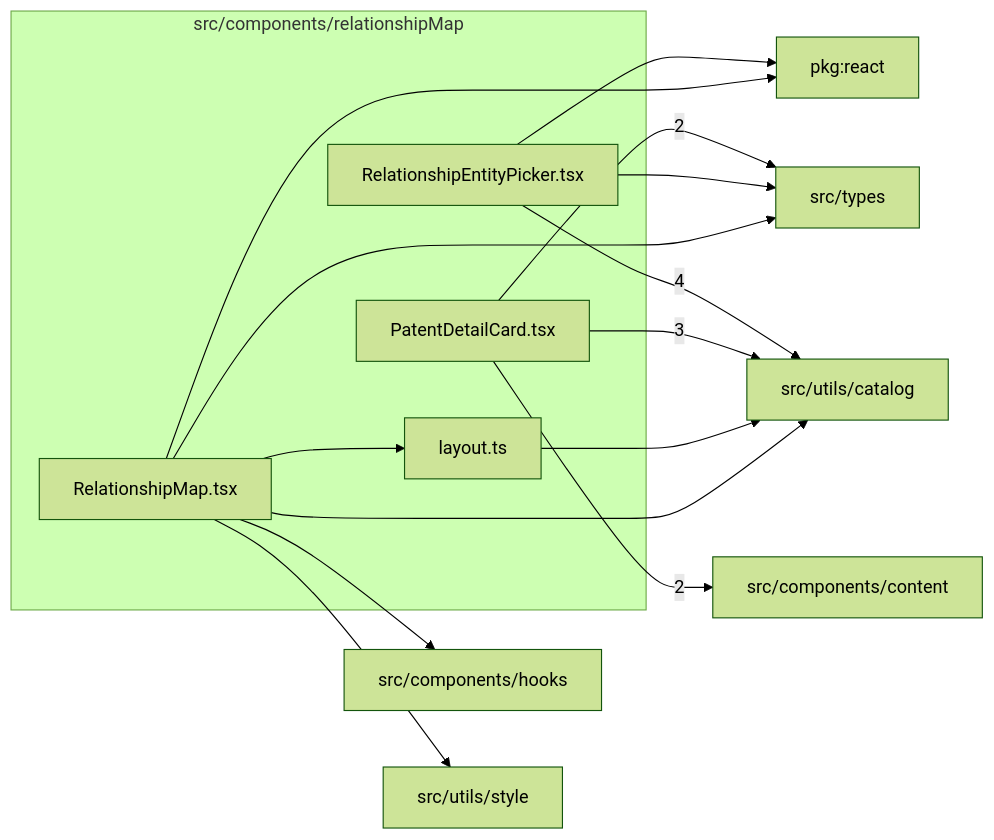
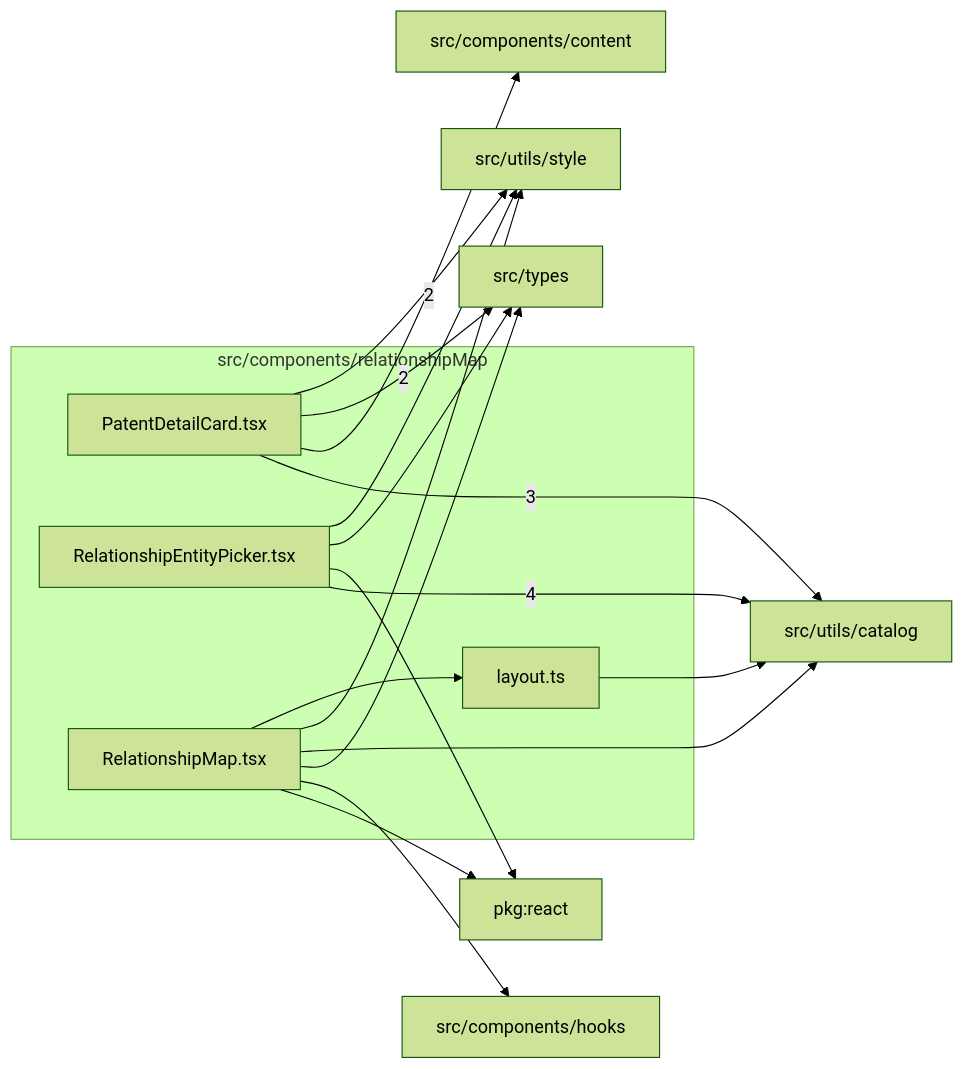
One commit to ronbuening/LensVisualizer changed the diagram in src/components/relationshipMap/readme.md. Above: the diagram before and after it, drawn with Mermaid (forest theme). The commit also changed other lines of this file and 16 other files, not shown here.

````diff
--- a/src/components/relationshipMap/readme.md
+++ b/src/components/relationshipMap/readme.md
@@ -9,28 +9,30 @@
 ```mermaid
 flowchart LR
   subgraph n_src_components_relationshipMap["src/components/relationshipMap"]
     n_src_components_relationshipMap_src_components_relationshipMap_layout_ts["layout.ts"]
     n_src_components_relationshipMap_src_components_relationshipMap_PatentDetailCard_tsx["PatentDetailCard.tsx"]
     n_src_components_relationshipMap_src_components_relationshipMap_RelationshipEntityPicker_tsx["RelationshipEntityPicker.tsx"]
     n_src_components_relationshipMap_src_components_relationshipMap_RelationshipMap_tsx["RelationshipMap.tsx"]
   end
   n_external_src_utils_catalog["src/utils/catalog"]
   n_external_src_components_content["src/components/content"]
   n_external_src_types["src/types"]
   n_external_pkg_react["pkg:react"]
   n_external_src_components_hooks["src/components/hooks"]
   n_external_src_utils_style["src/utils/style"]
   n_src_components_relationshipMap_src_components_relationshipMap_RelationshipEntityPicker_tsx --> |4| n_external_src_utils_catalog
   n_src_components_relationshipMap_src_components_relationshipMap_PatentDetailCard_tsx --> |3| n_external_src_utils_catalog
   n_src_components_relationshipMap_src_components_relationshipMap_PatentDetailCard_tsx --> |2| n_external_src_components_content
   n_src_components_relationshipMap_src_components_relationshipMap_PatentDetailCard_tsx --> |2| n_external_src_types
   n_src_components_relationshipMap_src_components_relationshipMap_RelationshipEntityPicker_tsx --> n_external_pkg_react
   n_src_components_relationshipMap_src_components_relationshipMap_RelationshipMap_tsx --> n_external_pkg_react
   n_src_components_relationshipMap_src_components_relationshipMap_RelationshipMap_tsx --> n_external_src_components_hooks
   n_src_components_relationshipMap_src_components_relationshipMap_RelationshipEntityPicker_tsx --> n_external_src_types
   n_src_components_relationshipMap_src_components_relationshipMap_RelationshipMap_tsx --> n_external_src_types
   n_src_components_relationshipMap_src_components_relationshipMap_layout_ts --> n_external_src_utils_catalog
   n_src_components_relationshipMap_src_components_relationshipMap_RelationshipMap_tsx --> n_external_src_utils_catalog
+  n_src_components_relationshipMap_src_components_relationshipMap_PatentDetailCard_tsx --> n_external_src_utils_style
+  n_src_components_relationshipMap_src_components_relationshipMap_RelationshipEntityPicker_tsx --> n_external_src_utils_style
   n_src_components_relationshipMap_src_components_relationshipMap_RelationshipMap_tsx --> n_external_src_utils_style
   n_src_components_relationshipMap_src_components_relationshipMap_RelationshipMap_tsx --> n_src_components_relationshipMap_src_components_relationshipMap_layout_ts
 ```
````
